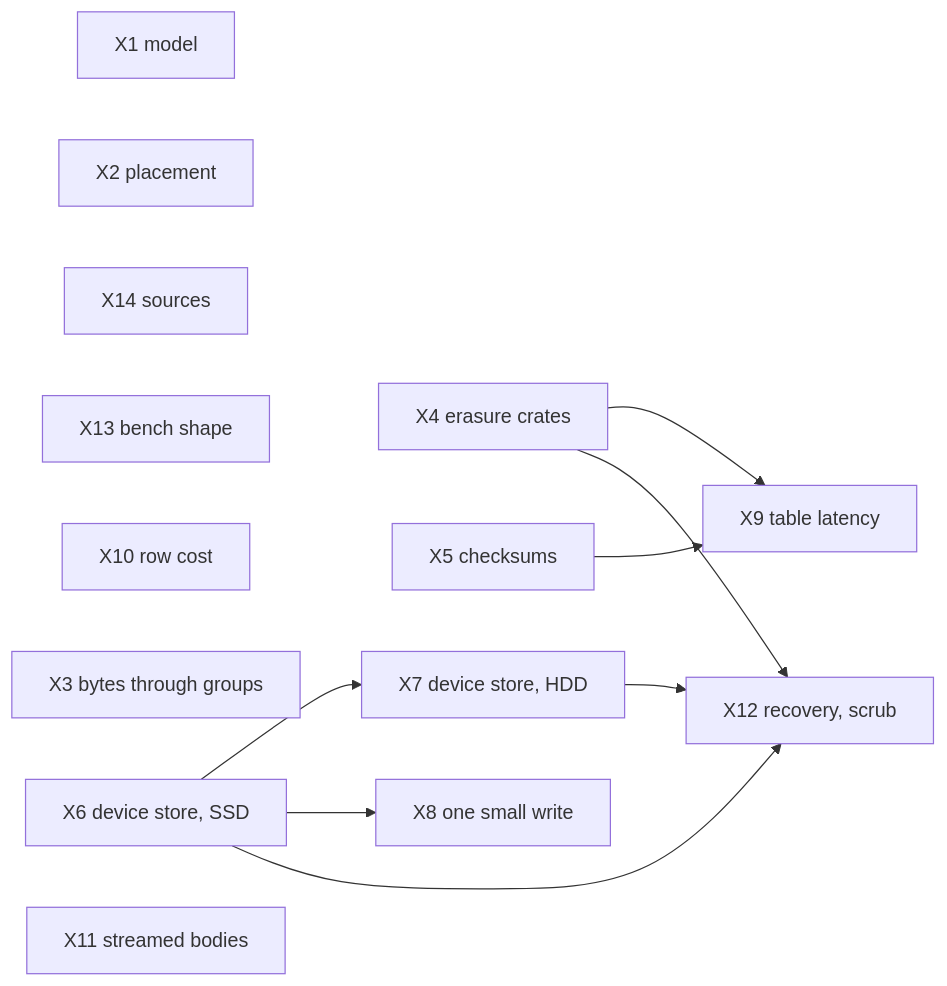
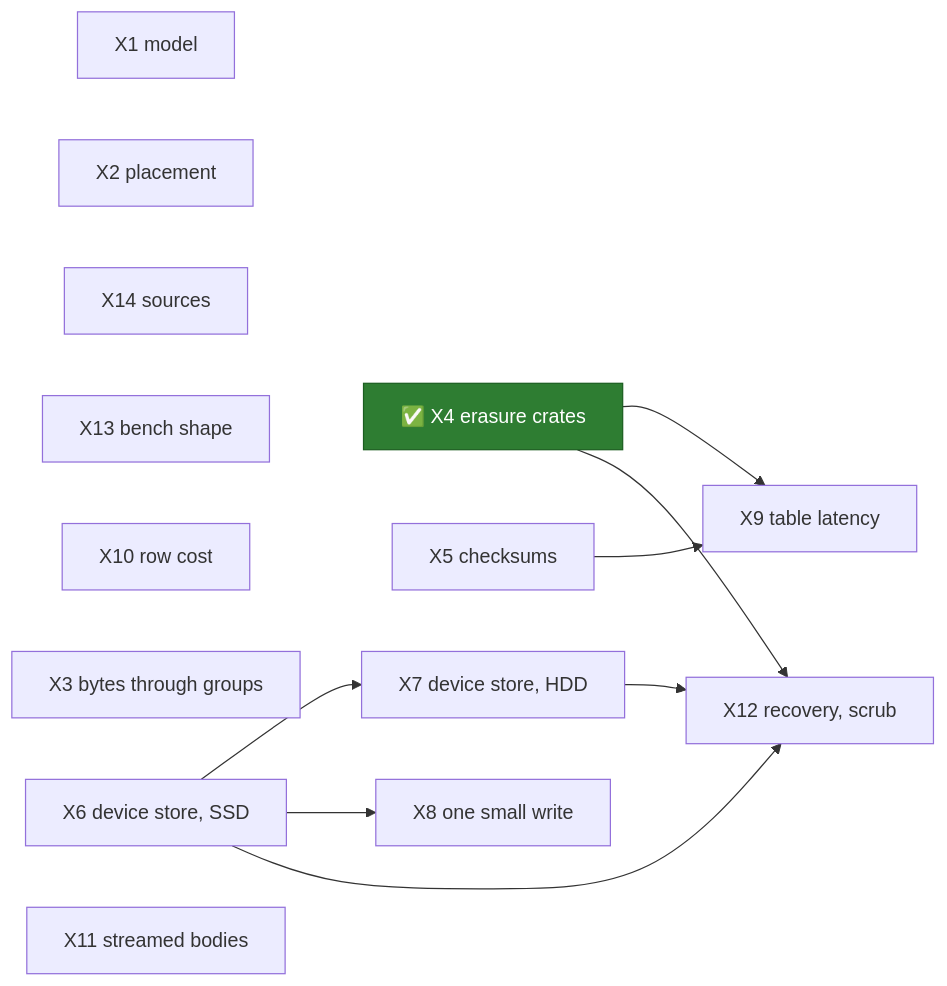
One commit to mjcarson/shoal changed the diagram in docs/src/object-storage/spikes.md. Above: the diagram before and after it, drawn with Mermaid. The commit also changed other lines of this file and 38 other files, not shown here.

````diff
--- a/docs/src/object-storage/spikes.md
+++ b/docs/src/object-storage/spikes.md
@@ -623,24 +637,25 @@
 ```mermaid
 flowchart LR
+    classDef done fill:#2e7d32,stroke:#1b5e20,color:#ffffff
     X1["X1 model"]
     X2["X2 placement"]
     X14["X14 sources"]
     X13["X13 bench shape"]
     X10["X10 row cost"]
     X3["X3 bytes through groups"]
-    X4["X4 erasure crates"]
+    X4["✅ X4 erasure crates"]:::done
     X5["X5 checksums"]
     X6["X6 device store, SSD"]
     X7["X7 device store, HDD"]
     X8["X8 one small write"]
     X9["X9 table latency"]
     X11["X11 streamed bodies"]
     X12["X12 recovery, scrub"]
     X4 --> X9
     X5 --> X9
     X6 --> X7
     X6 --> X8
     X4 --> X12
     X6 --> X12
     X7 --> X12
 ```
````
